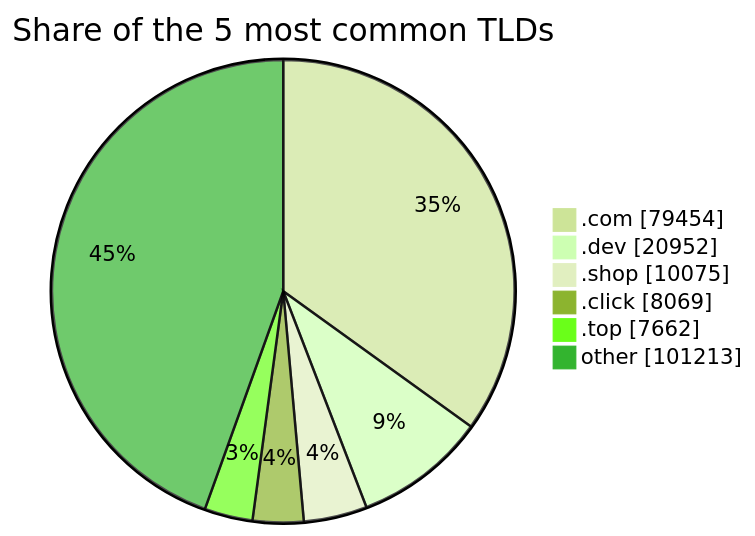
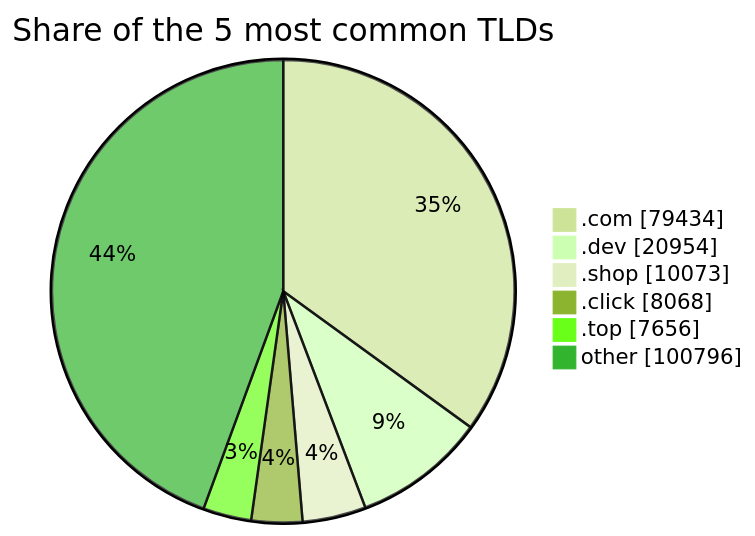
The third of 3 diagrams in README.md (DNSBunker/CTI), drawn with Mermaid (forest theme) before and after one commit. The commit also changed other lines of this file and 3 other files, not shown here.

````diff
--- a/README.md
+++ b/README.md
@@ -81,9 +81,9 @@
 ```mermaid
 pie showData title Share of the 5 most common TLDs
-    ".com" : 79454
-    ".dev" : 20952
-    ".shop" : 10075
-    ".click" : 8069
-    ".top" : 7662
-    "other" : 101213
+    ".com" : 79434
+    ".dev" : 20954
+    ".shop" : 10073
+    ".click" : 8068
+    ".top" : 7656
+    "other" : 100796
 ```
````
